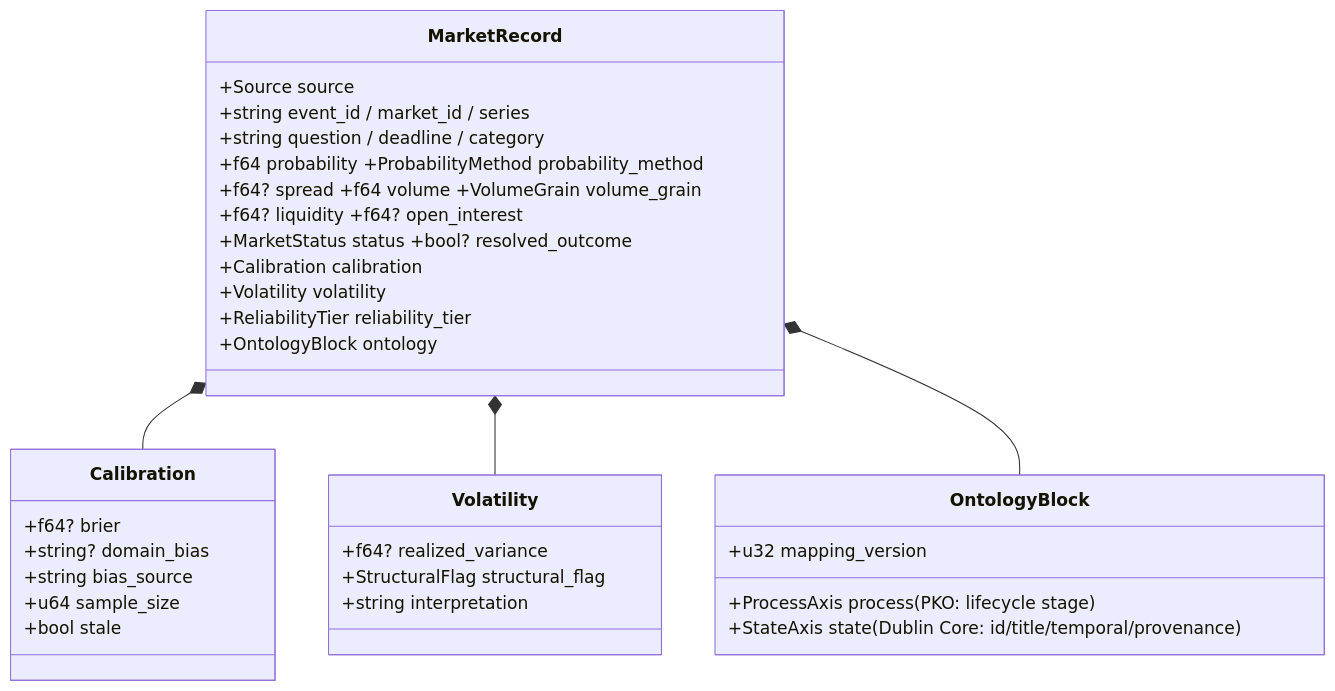
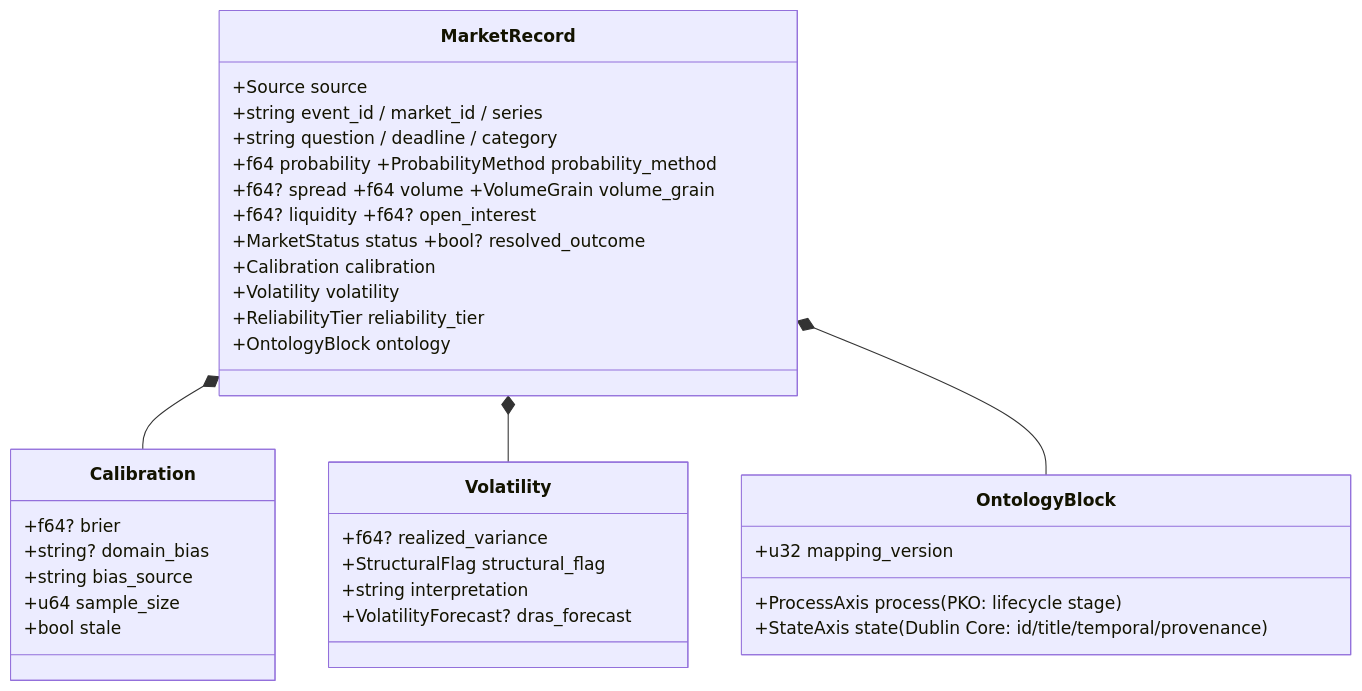
One commit to mdz-axo/zed-kask changed the third of 4 diagrams in docs/reports/prediction-markets/05-architecture.md. Above: the diagram before and after it, drawn with Mermaid. The commit also changed other lines of this file and 22 other files, not shown here.

````diff
--- a/docs/reports/prediction-markets/05-architecture.md
+++ b/docs/reports/prediction-markets/05-architecture.md
@@ -65,36 +65,37 @@
 ```mermaid
 classDiagram
     class MarketRecord {
         +Source source
         +string event_id / market_id / series
         +string question / deadline / category
         +f64 probability  +ProbabilityMethod probability_method
         +f64? spread  +f64 volume  +VolumeGrain volume_grain
         +f64? liquidity  +f64? open_interest
         +MarketStatus status  +bool? resolved_outcome
         +Calibration calibration
         +Volatility volatility
         +ReliabilityTier reliability_tier
         +OntologyBlock ontology
     }
     class Calibration {
         +f64? brier
         +string? domain_bias
         +string bias_source
         +u64 sample_size
         +bool stale
     }
     class Volatility {
         +f64? realized_variance
         +StructuralFlag structural_flag
         +string interpretation
+        +VolatilityForecast? dras_forecast
     }
     class OntologyBlock {
         +ProcessAxis process  (PKO: lifecycle stage)
         +StateAxis state  (Dublin Core: id/title/temporal/provenance)
         +u32 mapping_version
     }
     MarketRecord *-- Calibration
     MarketRecord *-- Volatility
     MarketRecord *-- OntologyBlock
 ```
````
